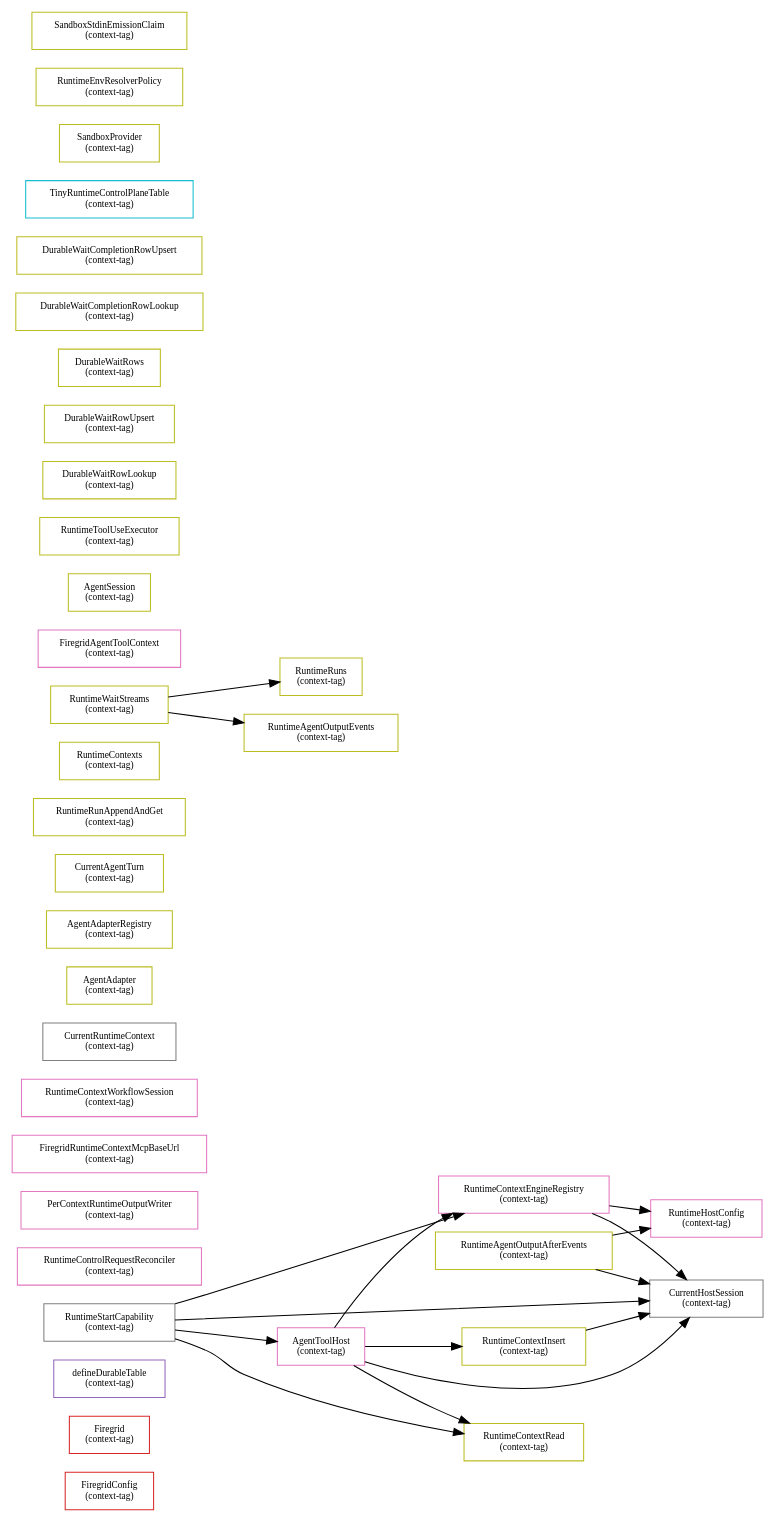
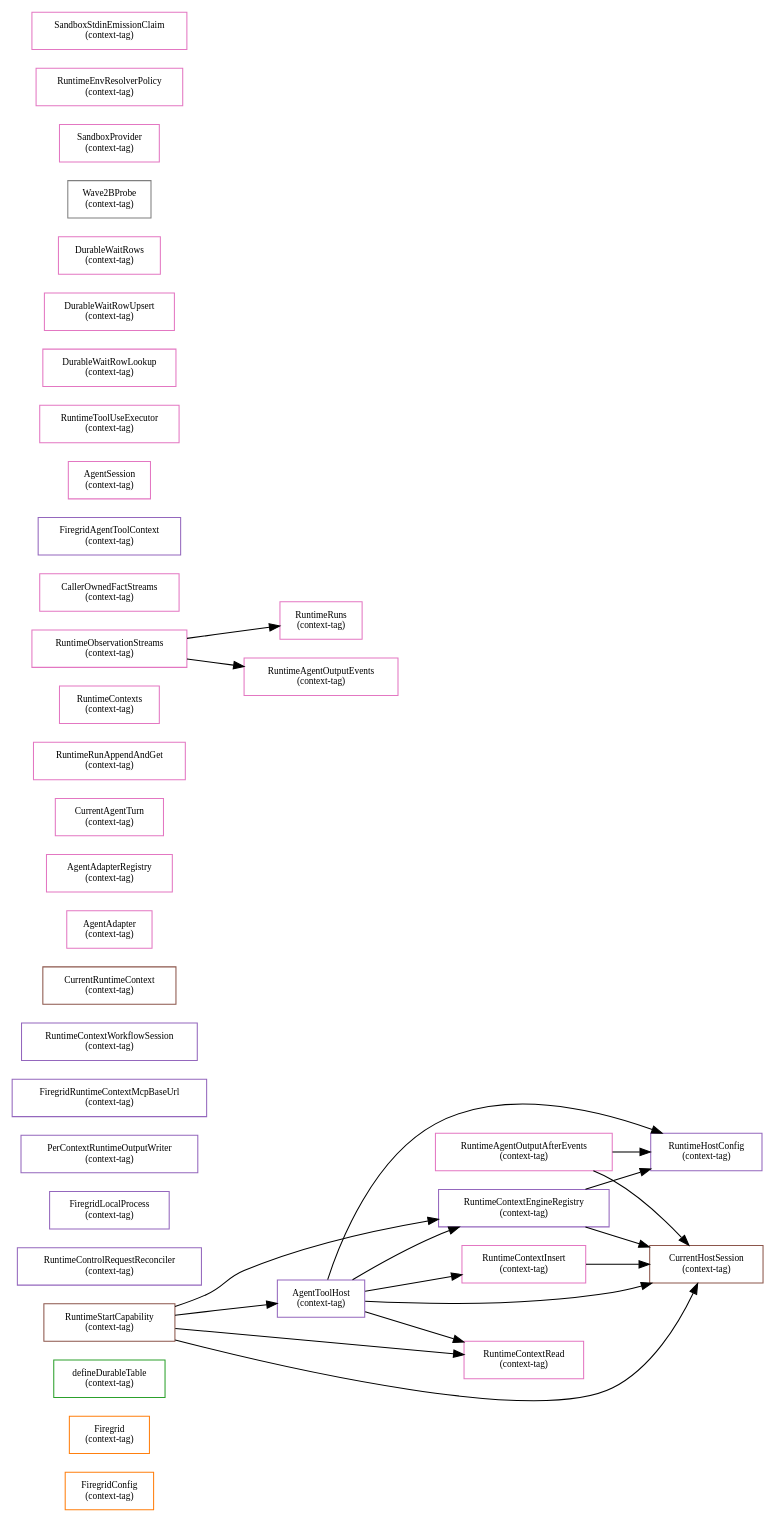
One commit to gurdasnijor/firegrid changed the diagram in tooling/analysis/type-map/service-deps.dot. Above: the diagram before and after it, drawn with Graphviz. The commit also changed 121 other files, not shown here.

```diff
--- a/tooling/analysis/type-map/service-deps.dot
+++ b/tooling/analysis/type-map/service-deps.dot
@@ -1,54 +1,55 @@
 digraph types {
   rankdir=LR; node [shape=box,fontsize=9,style=filled];
-  "packages/client-sdk::FiregridConfig" [fillcolor="#ffffff",color="#d62728",penwidth=1,label="FiregridConfig\n(context-tag)"];
-  "packages/client-sdk::Firegrid" [fillcolor="#ffffff",color="#d62728",penwidth=1,label="Firegrid\n(context-tag)"];
-  "packages/effect-durable-operators::defineDurableTable" [fillcolor="#ffffff",color="#9467bd",penwidth=1,label="defineDurableTable\n(context-tag)"];
-  "packages/host-sdk::RuntimeHostConfig" [fillcolor="#ffffff",color="#e377c2",penwidth=1,label="RuntimeHostConfig\n(context-tag)"];
-  "packages/host-sdk::RuntimeControlRequestReconciler" [fillcolor="#ffffff",color="#e377c2",penwidth=1,label="RuntimeControlRequestReconciler\n(context-tag)"];
-  "packages/host-sdk::PerContextRuntimeOutputWriter" [fillcolor="#ffffff",color="#e377c2",penwidth=1,label="PerContextRuntimeOutputWriter\n(context-tag)"];
-  "packages/host-sdk::RuntimeContextEngineRegistry" [fillcolor="#ffffff",color="#e377c2",penwidth=1,label="RuntimeContextEngineRegistry\n(context-tag)"];
-  "packages/host-sdk::FiregridRuntimeContextMcpBaseUrl" [fillcolor="#ffffff",color="#e377c2",penwidth=1,label="FiregridRuntimeContextMcpBaseUrl\n(context-tag)"];
-  "packages/host-sdk::RuntimeContextWorkflowSession" [fillcolor="#ffffff",color="#e377c2",penwidth=1,label="RuntimeContextWorkflowSession\n(context-tag)"];
-  "packages/protocol::CurrentHostSession" [fillcolor="#ffffff",color="#7f7f7f",penwidth=1,label="CurrentHostSession\n(context-tag)"];
-  "packages/protocol::CurrentRuntimeContext" [fillcolor="#ffffff",color="#7f7f7f",penwidth=1,label="CurrentRuntimeContext\n(context-tag)"];
-  "packages/protocol::RuntimeStartCapability" [fillcolor="#ffffff",color="#7f7f7f",penwidth=1,label="RuntimeStartCapability\n(context-tag)"];
-  "packages/runtime::AgentAdapter" [fillcolor="#ffffff",color="#bcbd22",penwidth=1,label="AgentAdapter\n(context-tag)"];
-  "packages/runtime::AgentAdapterRegistry" [fillcolor="#ffffff",color="#bcbd22",penwidth=1,label="AgentAdapterRegistry\n(context-tag)"];
-  "packages/runtime::CurrentAgentTurn" [fillcolor="#ffffff",color="#bcbd22",penwidth=1,label="CurrentAgentTurn\n(context-tag)"];
-  "packages/runtime::RuntimeContextInsert" [fillcolor="#ffffff",color="#bcbd22",penwidth=1,label="RuntimeContextInsert\n(context-tag)"];
-  "packages/runtime::RuntimeContextRead" [fillcolor="#ffffff",color="#bcbd22",penwidth=1,label="RuntimeContextRead\n(context-tag)"];
-  "packages/runtime::RuntimeRunAppendAndGet" [fillcolor="#ffffff",color="#bcbd22",penwidth=1,label="RuntimeRunAppendAndGet\n(context-tag)"];
-  "packages/runtime::RuntimeContexts" [fillcolor="#ffffff",color="#bcbd22",penwidth=1,label="RuntimeContexts\n(context-tag)"];
-  "packages/runtime::RuntimeRuns" [fillcolor="#ffffff",color="#bcbd22",penwidth=1,label="RuntimeRuns\n(context-tag)"];
-  "packages/host-sdk::FiregridAgentToolContext" [fillcolor="#ffffff",color="#e377c2",penwidth=1,label="FiregridAgentToolContext\n(context-tag)"];
-  "packages/host-sdk::AgentToolHost" [fillcolor="#ffffff",color="#e377c2",penwidth=1,label="AgentToolHost\n(context-tag)"];
-  "packages/runtime::RuntimeAgentOutputEvents" [fillcolor="#ffffff",color="#bcbd22",penwidth=1,label="RuntimeAgentOutputEvents\n(context-tag)"];
-  "packages/runtime::RuntimeAgentOutputAfterEvents" [fillcolor="#ffffff",color="#bcbd22",penwidth=1,label="RuntimeAgentOutputAfterEvents\n(context-tag)"];
-  "packages/runtime::AgentSession" [fillcolor="#ffffff",color="#bcbd22",penwidth=1,label="AgentSession\n(context-tag)"];
-  "packages/runtime::RuntimeToolUseExecutor" [fillcolor="#ffffff",color="#bcbd22",penwidth=1,label="RuntimeToolUseExecutor\n(context-tag)"];
-  "packages/runtime::DurableWaitRowLookup" [fillcolor="#ffffff",color="#bcbd22",penwidth=1,label="DurableWaitRowLookup\n(context-tag)"];
-  "packages/runtime::DurableWaitRowUpsert" [fillcolor="#ffffff",color="#bcbd22",penwidth=1,label="DurableWaitRowUpsert\n(context-tag)"];
-  "packages/runtime::DurableWaitRows" [fillcolor="#ffffff",color="#bcbd22",penwidth=1,label="DurableWaitRows\n(context-tag)"];
-  "packages/runtime::DurableWaitCompletionRowLookup" [fillcolor="#ffffff",color="#bcbd22",penwidth=1,label="DurableWaitCompletionRowLookup\n(context-tag)"];
-  "packages/runtime::DurableWaitCompletionRowUpsert" [fillcolor="#ffffff",color="#bcbd22",penwidth=1,label="DurableWaitCompletionRowUpsert\n(context-tag)"];
-  "packages/runtime::RuntimeWaitStreams" [fillcolor="#ffffff",color="#bcbd22",penwidth=1,label="RuntimeWaitStreams\n(context-tag)"];
-  "packages/tiny-firegrid::TinyRuntimeControlPlaneTable" [fillcolor="#ffffff",color="#17becf",penwidth=1,label="TinyRuntimeControlPlaneTable\n(context-tag)"];
-  "packages/runtime::SandboxProvider" [fillcolor="#ffffff",color="#bcbd22",penwidth=1,label="SandboxProvider\n(context-tag)"];
-  "packages/runtime::RuntimeEnvResolverPolicy" [fillcolor="#ffffff",color="#bcbd22",penwidth=1,label="RuntimeEnvResolverPolicy\n(context-tag)"];
-  "packages/runtime::SandboxStdinEmissionClaim" [fillcolor="#ffffff",color="#bcbd22",penwidth=1,label="SandboxStdinEmissionClaim\n(context-tag)"];
+  "packages/client-sdk::FiregridConfig" [fillcolor="#ffffff",color="#ff7f0e",penwidth=1,label="FiregridConfig\n(context-tag)"];
+  "packages/client-sdk::Firegrid" [fillcolor="#ffffff",color="#ff7f0e",penwidth=1,label="Firegrid\n(context-tag)"];
+  "packages/effect-durable-operators::defineDurableTable" [fillcolor="#ffffff",color="#2ca02c",penwidth=1,label="defineDurableTable\n(context-tag)"];
+  "packages/host-sdk::RuntimeHostConfig" [fillcolor="#ffffff",color="#9467bd",penwidth=1,label="RuntimeHostConfig\n(context-tag)"];
+  "packages/host-sdk::RuntimeControlRequestReconciler" [fillcolor="#ffffff",color="#9467bd",penwidth=1,label="RuntimeControlRequestReconciler\n(context-tag)"];
+  "packages/host-sdk::FiregridLocalProcess" [fillcolor="#ffffff",color="#9467bd",penwidth=1,label="FiregridLocalProcess\n(context-tag)"];
+  "packages/host-sdk::PerContextRuntimeOutputWriter" [fillcolor="#ffffff",color="#9467bd",penwidth=1,label="PerContextRuntimeOutputWriter\n(context-tag)"];
+  "packages/host-sdk::RuntimeContextEngineRegistry" [fillcolor="#ffffff",color="#9467bd",penwidth=1,label="RuntimeContextEngineRegistry\n(context-tag)"];
+  "packages/host-sdk::FiregridRuntimeContextMcpBaseUrl" [fillcolor="#ffffff",color="#9467bd",penwidth=1,label="FiregridRuntimeContextMcpBaseUrl\n(context-tag)"];
+  "packages/host-sdk::RuntimeContextWorkflowSession" [fillcolor="#ffffff",color="#9467bd",penwidth=1,label="RuntimeContextWorkflowSession\n(context-tag)"];
+  "packages/protocol::CurrentHostSession" [fillcolor="#ffffff",color="#8c564b",penwidth=1,label="CurrentHostSession\n(context-tag)"];
+  "packages/protocol::CurrentRuntimeContext" [fillcolor="#ffffff",color="#8c564b",penwidth=1,label="CurrentRuntimeContext\n(context-tag)"];
+  "packages/protocol::RuntimeStartCapability" [fillcolor="#ffffff",color="#8c564b",penwidth=1,label="RuntimeStartCapability\n(context-tag)"];
+  "packages/runtime::AgentAdapter" [fillcolor="#ffffff",color="#e377c2",penwidth=1,label="AgentAdapter\n(context-tag)"];
+  "packages/runtime::AgentAdapterRegistry" [fillcolor="#ffffff",color="#e377c2",penwidth=1,label="AgentAdapterRegistry\n(context-tag)"];
+  "packages/runtime::CurrentAgentTurn" [fillcolor="#ffffff",color="#e377c2",penwidth=1,label="CurrentAgentTurn\n(context-tag)"];
+  "packages/runtime::RuntimeContextInsert" [fillcolor="#ffffff",color="#e377c2",penwidth=1,label="RuntimeContextInsert\n(context-tag)"];
+  "packages/runtime::RuntimeContextRead" [fillcolor="#ffffff",color="#e377c2",penwidth=1,label="RuntimeContextRead\n(context-tag)"];
+  "packages/runtime::RuntimeRunAppendAndGet" [fillcolor="#ffffff",color="#e377c2",penwidth=1,label="RuntimeRunAppendAndGet\n(context-tag)"];
+  "packages/runtime::RuntimeContexts" [fillcolor="#ffffff",color="#e377c2",penwidth=1,label="RuntimeContexts\n(context-tag)"];
+  "packages/runtime::RuntimeRuns" [fillcolor="#ffffff",color="#e377c2",penwidth=1,label="RuntimeRuns\n(context-tag)"];
+  "packages/runtime::RuntimeObservationStreams" [fillcolor="#ffffff",color="#e377c2",penwidth=1,label="RuntimeObservationStreams\n(context-tag)"];
+  "packages/runtime::CallerOwnedFactStreams" [fillcolor="#ffffff",color="#e377c2",penwidth=1,label="CallerOwnedFactStreams\n(context-tag)"];
+  "packages/host-sdk::FiregridAgentToolContext" [fillcolor="#ffffff",color="#9467bd",penwidth=1,label="FiregridAgentToolContext\n(context-tag)"];
+  "packages/host-sdk::AgentToolHost" [fillcolor="#ffffff",color="#9467bd",penwidth=1,label="AgentToolHost\n(context-tag)"];
+  "packages/runtime::RuntimeAgentOutputEvents" [fillcolor="#ffffff",color="#e377c2",penwidth=1,label="RuntimeAgentOutputEvents\n(context-tag)"];
+  "packages/runtime::RuntimeAgentOutputAfterEvents" [fillcolor="#ffffff",color="#e377c2",penwidth=1,label="RuntimeAgentOutputAfterEvents\n(context-tag)"];
+  "packages/runtime::AgentSession" [fillcolor="#ffffff",color="#e377c2",penwidth=1,label="AgentSession\n(context-tag)"];
+  "packages/runtime::RuntimeToolUseExecutor" [fillcolor="#ffffff",color="#e377c2",penwidth=1,label="RuntimeToolUseExecutor\n(context-tag)"];
+  "packages/runtime::DurableWaitRowLookup" [fillcolor="#ffffff",color="#e377c2",penwidth=1,label="DurableWaitRowLookup\n(context-tag)"];
+  "packages/runtime::DurableWaitRowUpsert" [fillcolor="#ffffff",color="#e377c2",penwidth=1,label="DurableWaitRowUpsert\n(context-tag)"];
+  "packages/runtime::DurableWaitRows" [fillcolor="#ffffff",color="#e377c2",penwidth=1,label="DurableWaitRows\n(context-tag)"];
+  "packages/tiny-firegrid::Wave2BProbe" [fillcolor="#ffffff",color="#7f7f7f",penwidth=1,label="Wave2BProbe\n(context-tag)"];
+  "packages/runtime::SandboxProvider" [fillcolor="#ffffff",color="#e377c2",penwidth=1,label="SandboxProvider\n(context-tag)"];
+  "packages/runtime::RuntimeEnvResolverPolicy" [fillcolor="#ffffff",color="#e377c2",penwidth=1,label="RuntimeEnvResolverPolicy\n(context-tag)"];
+  "packages/runtime::SandboxStdinEmissionClaim" [fillcolor="#ffffff",color="#e377c2",penwidth=1,label="SandboxStdinEmissionClaim\n(context-tag)"];
+  "packages/host-sdk::AgentToolHost" -> "packages/host-sdk::RuntimeHostConfig";
   "packages/host-sdk::AgentToolHost" -> "packages/host-sdk::RuntimeContextEngineRegistry";
   "packages/host-sdk::AgentToolHost" -> "packages/protocol::CurrentHostSession";
   "packages/host-sdk::AgentToolHost" -> "packages/runtime::RuntimeContextInsert";
   "packages/host-sdk::AgentToolHost" -> "packages/runtime::RuntimeContextRead";
   "packages/protocol::RuntimeStartCapability" -> "packages/host-sdk::RuntimeContextEngineRegistry";
   "packages/protocol::RuntimeStartCapability" -> "packages/protocol::CurrentHostSession";
   "packages/protocol::RuntimeStartCapability" -> "packages/runtime::RuntimeContextRead";
   "packages/protocol::RuntimeStartCapability" -> "packages/host-sdk::AgentToolHost";
   "packages/runtime::RuntimeAgentOutputAfterEvents" -> "packages/host-sdk::RuntimeHostConfig";
   "packages/runtime::RuntimeAgentOutputAfterEvents" -> "packages/protocol::CurrentHostSession";
   "packages/host-sdk::RuntimeContextEngineRegistry" -> "packages/host-sdk::RuntimeHostConfig";
   "packages/host-sdk::RuntimeContextEngineRegistry" -> "packages/protocol::CurrentHostSession";
   "packages/runtime::RuntimeContextInsert" -> "packages/protocol::CurrentHostSession";
-  "packages/runtime::RuntimeWaitStreams" -> "packages/runtime::RuntimeRuns";
-  "packages/runtime::RuntimeWaitStreams" -> "packages/runtime::RuntimeAgentOutputEvents";
+  "packages/runtime::RuntimeObservationStreams" -> "packages/runtime::RuntimeRuns";
+  "packages/runtime::RuntimeObservationStreams" -> "packages/runtime::RuntimeAgentOutputEvents";
 }
```
